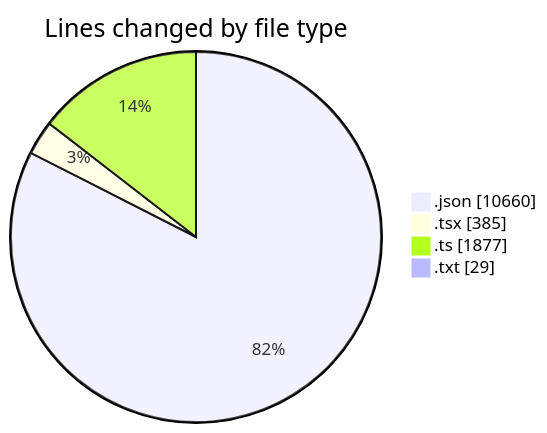
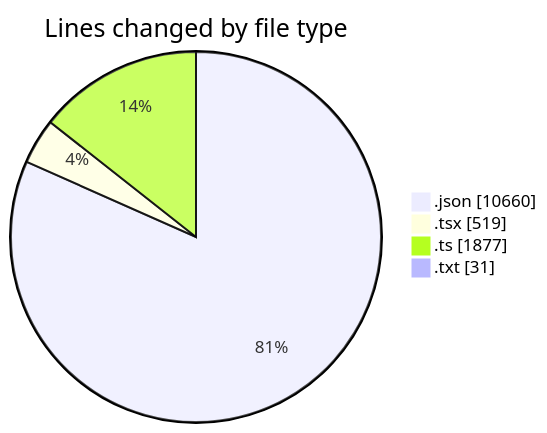
Before and after one commit to CELIANVF/code-tracking: the first of 2 diagrams in 2025-05-26/ecodeli-1/README.md, drawn with Mermaid. The commit also changed other lines of this file and 1 other file, not shown here.

````diff
--- a/2025-05-26/ecodeli-1/README.md
+++ b/2025-05-26/ecodeli-1/README.md
@@ -26,8 +27,8 @@
 ```mermaid
 pie showData
 title Lines changed by file type
 ".json" : 10660
-".tsx" : 385
+".tsx" : 519
 ".ts" : 1877
-".txt" : 29
+".txt" : 31
 ```
````
